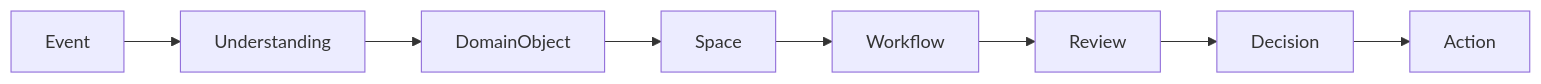
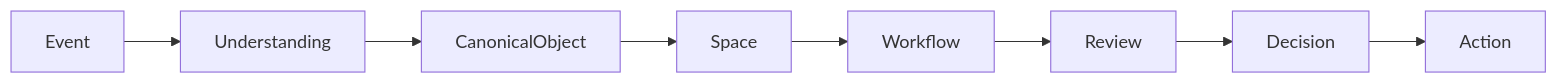
One commit to tiroq/praxis changed the first of 2 diagrams in rfcs/011-domain-model.md. Above: the diagram before and after it, drawn with Mermaid. The commit also changed other lines of this file, not shown here.

Commit message:
Refine RFC-011 Domain Model; redefine Spaces, Canonical Objects, and architectural principles, introducing a layered conceptual model and clarifying governance boundaries.

````diff
--- a/rfcs/011-domain-model.md
+++ b/rfcs/011-domain-model.md
@@ -82,4 +88,4 @@
 ```mermaid
 flowchart LR
-    Event --> Understanding --> DomainObject --> Space --> Workflow --> Review --> Decision --> Action
+    Event --> Understanding --> CanonicalObject --> Space --> Workflow --> Review --> Decision --> Action
 ```
````
